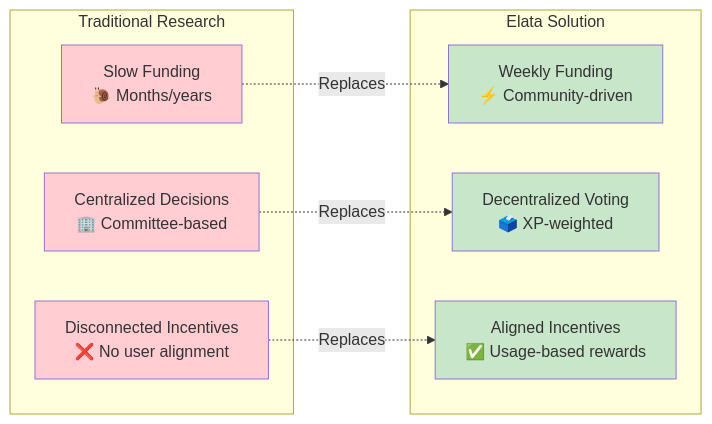
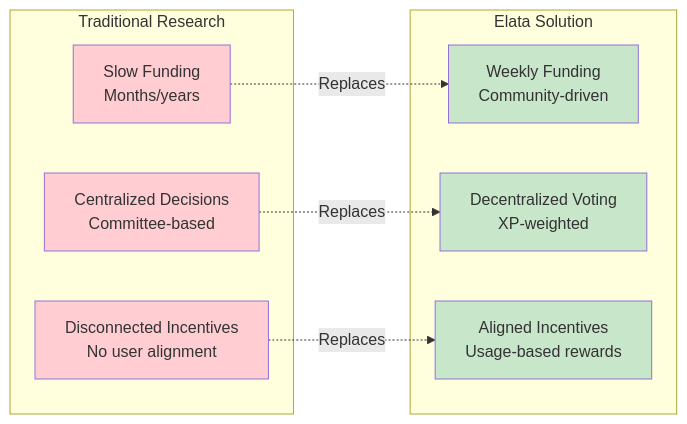
One commit to Elata-Biosciences/elata-protocol changed the first of 8 diagrams in README.md. Above: the diagram before and after it, drawn with Mermaid. The commit also changed other lines of this file, not shown here.

````diff
--- a/README.md
+++ b/README.md
@@ -13,25 +13,25 @@
 ```mermaid
 graph LR
     subgraph "Traditional Research"
-        T1[Slow Funding<br/>🐌 Months/years]
-        T2[Centralized Decisions<br/>🏢 Committee-based]
-        T3[Disconnected Incentives<br/>❌ No user alignment]
+        T1[Slow Funding<br/> Months/years]
+        T2[Centralized Decisions<br/> Committee-based]
+        T3[Disconnected Incentives<br/> No user alignment]
     end
     
     subgraph "Elata Solution"
-        S1[Weekly Funding<br/>⚡ Community-driven]
-        S2[Decentralized Voting<br/>🗳️ XP-weighted]
-        S3[Aligned Incentives<br/>✅ Usage-based rewards]
+        S1[Weekly Funding<br/> Community-driven]
+        S2[Decentralized Voting<br/> XP-weighted]
+        S3[Aligned Incentives<br/> Usage-based rewards]
     end
     
     T1 -.->|Replaces| S1
     T2 -.->|Replaces| S2
     T3 -.->|Replaces| S3
     
     style T1 fill:#ffcdd2
     style T2 fill:#ffcdd2
     style T3 fill:#ffcdd2
     style S1 fill:#c8e6c9
     style S2 fill:#c8e6c9
     style S3 fill:#c8e6c9
 ```
````
